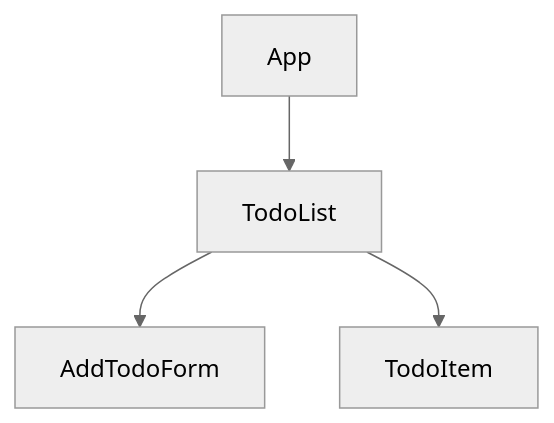
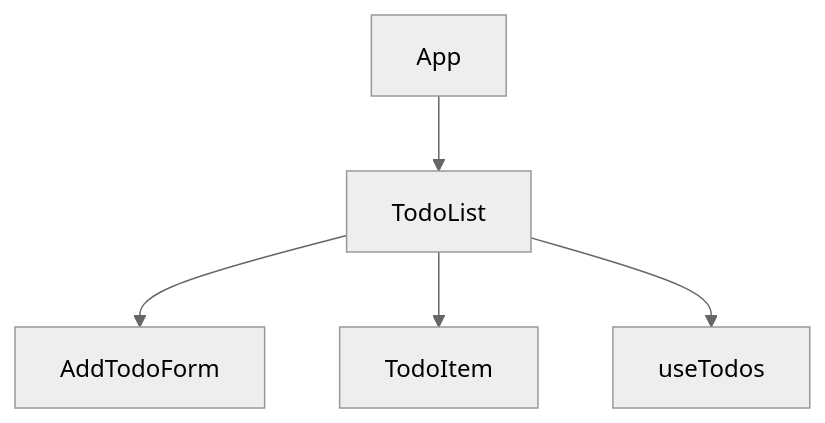
The first of 2 diagrams in README.md (krtoxin/lab-3-todo-app), drawn with Mermaid (neutral theme) before and after one commit. The commit also changed other lines of this file, not shown here.

````diff
--- a/README.md
+++ b/README.md
@@ -5,7 +5,8 @@
 ```mermaid
 graph TD
   App
   App --> TodoList
   TodoList --> AddTodoForm
   TodoList --> TodoItem
+  TodoList --> useTodos
 ```
````
